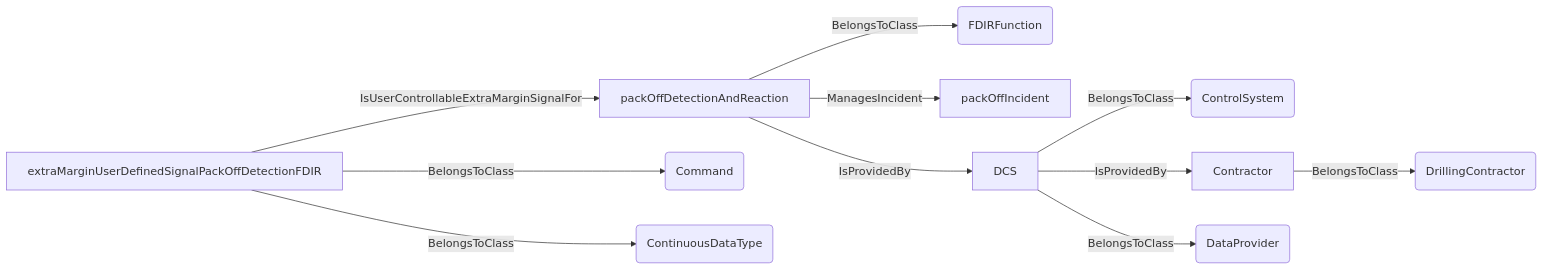
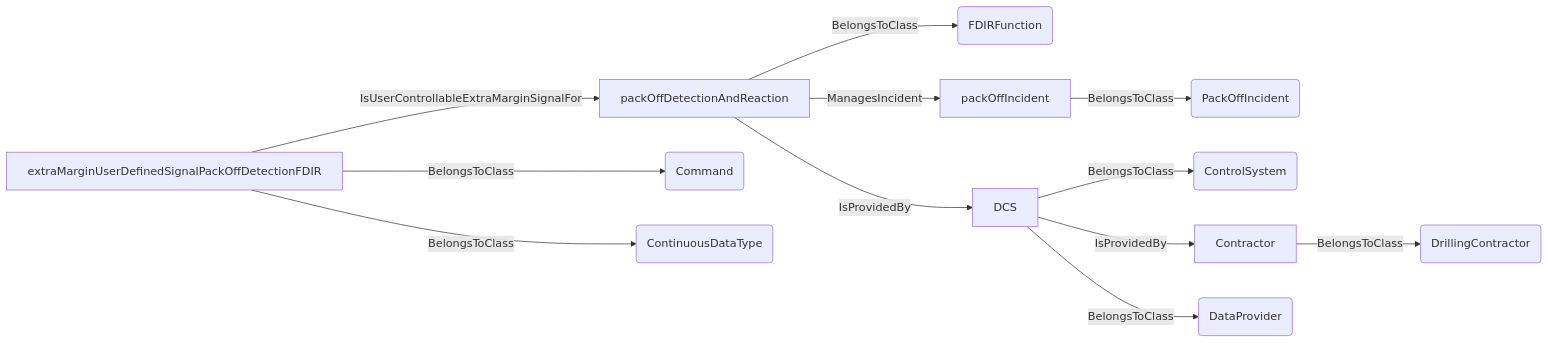
One commit to D-WIS/DDHub-Semantic-Interoperability changed diagram 15 of 20 in docs/vocabulary_development/auto-generated/md/definition-files/ADCS.md. Above: the diagram before and after it, drawn with Mermaid. The commit also changed other lines of this file and 14 other files, not shown here.

````diff
--- a/docs/vocabulary_development/auto-generated/md/definition-files/ADCS.md
+++ b/docs/vocabulary_development/auto-generated/md/definition-files/ADCS.md
@@ -688,13 +707,14 @@
 ```mermaid
 graph LR
 	N0000[packOffDetectionAndReaction] -->|BelongsToClass| N0001(FDIRFunction) 
+	N0002[packOffIncident] -->|BelongsToClass| N0003(PackOffIncident) 
 	N0000[packOffDetectionAndReaction] -->|ManagesIncident| N0002[packOffIncident] 
-	N0003[DCS] -->|BelongsToClass| N0004(ControlSystem) 
-	N0005[Contractor] -->|BelongsToClass| N0006(DrillingContractor) 
-	N0003[DCS] -->|IsProvidedBy| N0005[Contractor] 
-	N0003[DCS] -->|BelongsToClass| N0007(DataProvider) 
-	N0000[packOffDetectionAndReaction] -->|IsProvidedBy| N0003[DCS] 
-	N0008[extraMarginUserDefinedSignalPackOffDetectionFDIR] -->|BelongsToClass| N0009(Command) 
-	N0008[extraMarginUserDefinedSignalPackOffDetectionFDIR] -->|BelongsToClass| N0010(ContinuousDataType) 
-	N0008[extraMarginUserDefinedSignalPackOffDetectionFDIR] -->|IsUserControllableExtraMarginSignalFor| N0000[packOffDetectionAndReaction] 
+	N0004[DCS] -->|BelongsToClass| N0005(ControlSystem) 
+	N0006[Contractor] -->|BelongsToClass| N0007(DrillingContractor) 
+	N0004[DCS] -->|IsProvidedBy| N0006[Contractor] 
+	N0004[DCS] -->|BelongsToClass| N0008(DataProvider) 
+	N0000[packOffDetectionAndReaction] -->|IsProvidedBy| N0004[DCS] 
+	N0009[extraMarginUserDefinedSignalPackOffDetectionFDIR] -->|BelongsToClass| N0010(Command) 
+	N0009[extraMarginUserDefinedSignalPackOffDetectionFDIR] -->|BelongsToClass| N0011(ContinuousDataType) 
+	N0009[extraMarginUserDefinedSignalPackOffDetectionFDIR] -->|IsUserControllableExtraMarginSignalFor| N0000[packOffDetectionAndReaction] 
 ```
````
